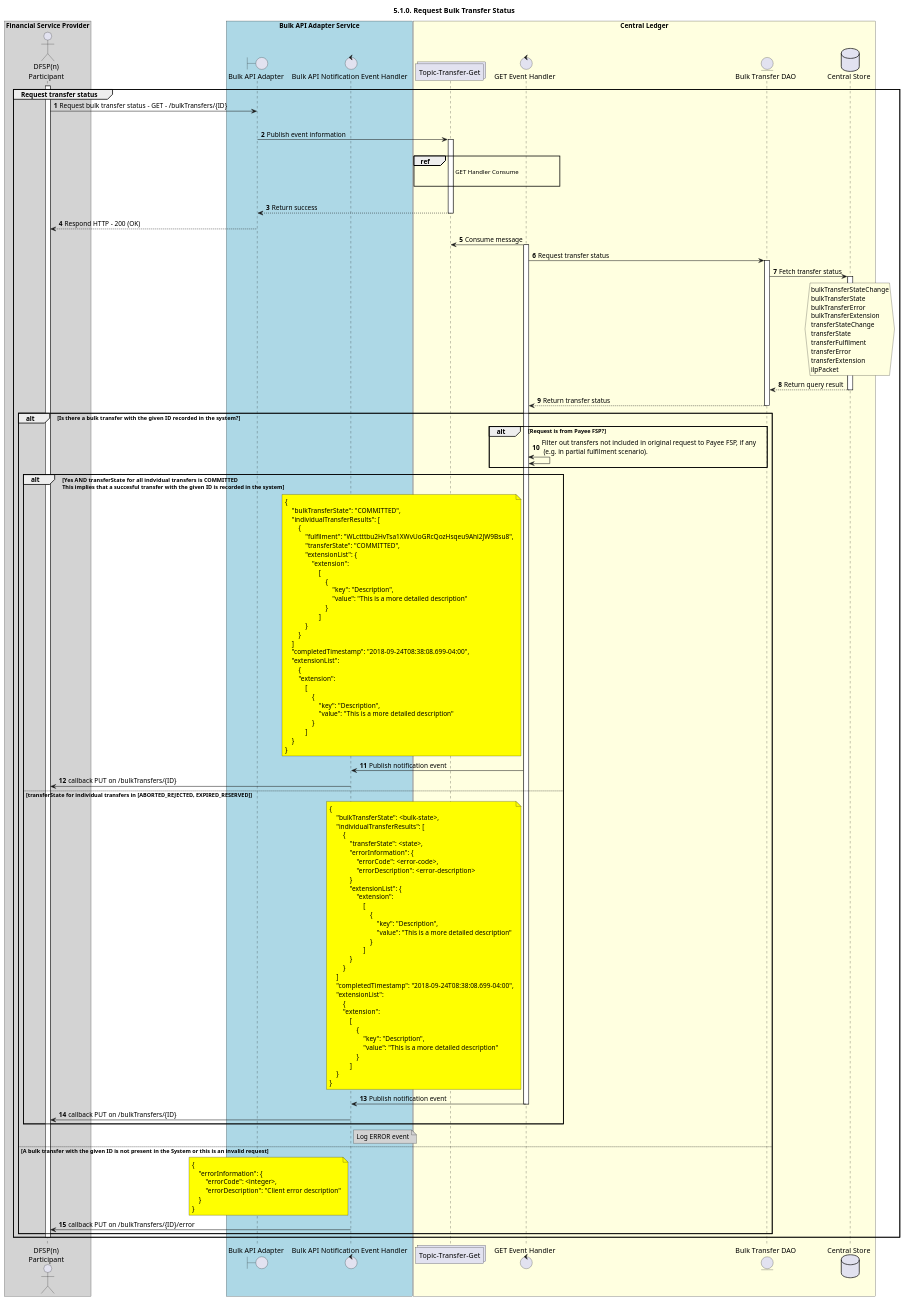
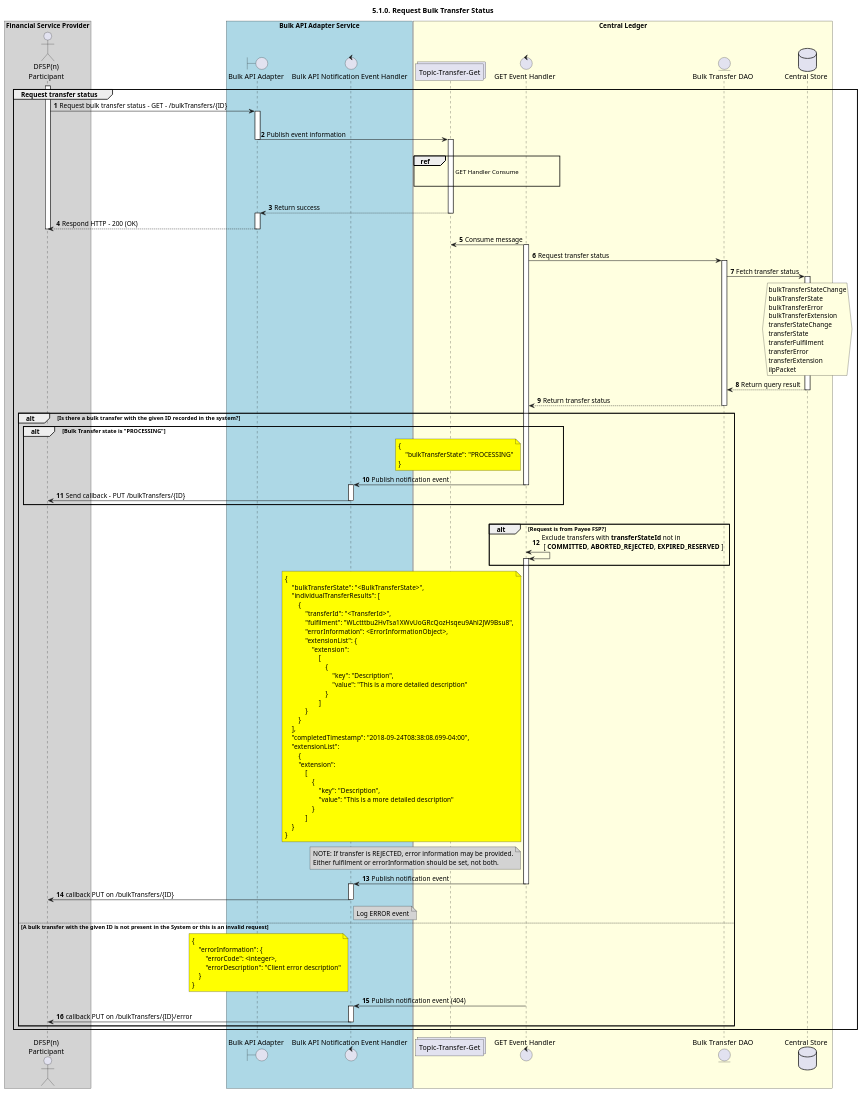
Before and after one commit to mojaloop/documentation: the diagram in mojaloop-technical-overview/central-bulk-transfers/assets/diagrams/sequence/seq-bulk-5.1.0-get-overview.plantuml, drawn with PlantUML.

Commit message:
PR review updates

```diff
--- a/mojaloop-technical-overview/central-bulk-transfers/assets/diagrams/sequence/seq-bulk-5.1.0-get-overview.plantuml
+++ b/mojaloop-technical-overview/central-bulk-transfers/assets/diagrams/sequence/seq-bulk-5.1.0-get-overview.plantuml
@@ -25,167 +25,156 @@
 @startuml
 ' declate title
 title 5.1.0. Request Bulk Transfer Status
 
 autonumber
 
 ' declare actors
 actor "DFSP(n)\nParticipant" as DFSP
 control "Bulk API Notification Event Handler" as NOTIFY_HANDLER
 boundary "Bulk API Adapter" as BULKAPI
 collections "Topic-Transfer-Get" as TOPIC_GET
 control "GET Event Handler" as GET_HANDLER
 entity "Bulk Transfer DAO" as TRANSFER_DAO
 database "Central Store" as DB
 
 box "Financial Service Provider" #lightGray
 	participant DFSP
 end box
-
 box "Bulk API Adapter Service" #LightBlue
     participant BULKAPI
 	participant NOTIFY_HANDLER
 end box
-
 box "Central Ledger" #LightYellow
     participant TOPIC_GET
     participant GET_HANDLER
     participant TRANSFER_DAO
     participant DB
 end box
 
 ' start flow
 group Request transfer status
     activate DFSP
     DFSP -> BULKAPI: Request bulk transfer status - GET - /bulkTransfers/{ID}
+    activate BULKAPI
     |||
     BULKAPI -> TOPIC_GET: Publish event information
+    deactivate BULKAPI
     activate TOPIC_GET
     |||
     ref over TOPIC_GET, GET_HANDLER :  GET Handler Consume\n
     |||
     BULKAPI <-- TOPIC_GET: Return success
+    deactivate GET_HANDLER
+    activate BULKAPI
     deactivate TOPIC_GET
-    
     DFSP <-- BULKAPI: Respond HTTP - 200 (OK)
+    deactivate DFSP
+    deactivate BULKAPI
     GET_HANDLER -> TOPIC_GET: Consume message
-
     activate GET_HANDLER
     GET_HANDLER -> TRANSFER_DAO: Request transfer status
-
     activate TRANSFER_DAO
     TRANSFER_DAO -> DB: Fetch transfer status
+
     activate DB
     hnote over DB #lightyellow
         bulkTransferStateChange
         bulkTransferState
         bulkTransferError
         bulkTransferExtension
         transferStateChange
         transferState
         transferFulfilment
         transferError
         transferExtension
         ilpPacket
     end hnote
     TRANSFER_DAO <-- DB: Return query result
     deactivate DB
+    
     GET_HANDLER <-- TRANSFER_DAO: Return transfer status
     deactivate TRANSFER_DAO
     
     alt Is there a bulk transfer with the given ID recorded in the system?
-        alt Request is from Payee FSP?
-            GET_HANDLER <-> GET_HANDLER: Filter out transfers not included in original request to Payee FSP, if any\n (e.g. in partial fulfilment scenario).
-        end
-        alt Yes AND transferState for all indvidual transfers is COMMITTED \nThis implies that a succesful transfer with the given ID is recorded in the system
+        alt Bulk Transfer state is **"PROCESSING"**
             note left of GET_HANDLER #yellow
                 {
-                    "bulkTransferState": "COMMITTED",
-                    "individualTransferResults": [
-                        {
-                            "fulfilment": "WLctttbu2HvTsa1XWvUoGRcQozHsqeu9Ahl2JW9Bsu8",
-                            "transferState": "COMMITTED",
-                            "extensionList": {
-                                "extension":
-                                    [
-                                        {
-                                            "key": "Description",
-                                            "value": "This is a more detailed description"
-                                        }
-                                    ]
-                            }
-                        }
-                    ]
-                    "completedTimestamp": "2018-09-24T08:38:08.699-04:00",
-                    "extensionList":
-                        {
-                        "extension":
-                            [
-                                {
-                                    "key": "Description",
-                                    "value": "This is a more detailed description"
-                                }
-                            ]
-                    }
-                }
-            end note
-            NOTIFY_HANDLER <- GET_HANDLER: Publish notification event
-            DFSP <- NOTIFY_HANDLER: callback PUT on /bulkTransfers/{ID}
-        else transferState for individual transfers in [ABORTED_REJECTED, EXPIRED_RESERVED]
-            note left of GET_HANDLER #yellow
-                {
-                    "bulkTransferState": <bulk-state>,
-                    "individualTransferResults": [
-                        {
-                            "transferState": <state>,
-                            "errorInformation": {
-                                "errorCode": <error-code>,
-                                "errorDescription": <error-description>
-                            }
-                            "extensionList": {
-                                "extension":
-                                    [
-                                        {
-                                            "key": "Description",
-                                            "value": "This is a more detailed description"
-                                        }
-                                    ]
-                            }
-                        }
-                    ]
-                    "completedTimestamp": "2018-09-24T08:38:08.699-04:00",
-                    "extensionList":
-                        {
-                        "extension":
-                            [
-                                {
-                                    "key": "Description",
-                                    "value": "This is a more detailed description"
-                                }
-                            ]
-                    }
+                    "bulkTransferState": "PROCESSING"
                 }
             end note
             NOTIFY_HANDLER <- GET_HANDLER: Publish notification event
             deactivate GET_HANDLER
-            DFSP <- NOTIFY_HANDLER: callback PUT on /bulkTransfers/{ID}
+            activate NOTIFY_HANDLER
+            NOTIFY_HANDLER -> DFSP: Send callback - PUT /bulkTransfers/{ID}
+            deactivate NOTIFY_HANDLER
         end
+        |||
+        alt Request is from Payee FSP?
+            GET_HANDLER <-> GET_HANDLER: Exclude transfers with **transferStateId** not in \n [ **COMMITTED**, **ABORTED_REJECTED**, **EXPIRED_RESERVED** ]
+            activate GET_HANDLER
+        end
+        
+        note left of GET_HANDLER #yellow
+            {
+                "bulkTransferState": "<BulkTransferState>",
+                "individualTransferResults": [
+                    {
+                        "transferId": "<TransferId>",
+                        "fulfilment": "WLctttbu2HvTsa1XWvUoGRcQozHsqeu9Ahl2JW9Bsu8",
+                        "errorInformation": <ErrorInformationObject>,
+                        "extensionList": {
+                            "extension":
+                                [
+                                    {
+                                        "key": "Description",
+                                        "value": "This is a more detailed description"
+                                    }
+                                ]
+                        }
+                    }
+                ],
+                "completedTimestamp": "2018-09-24T08:38:08.699-04:00",
+                "extensionList":
+                    {
+                    "extension":
+                        [
+                            {
+                                "key": "Description",
+                                "value": "This is a more detailed description"
+                            }
+                        ]
+                }
+            }
+        end note
+        note left of GET_HANDLER #lightGray
+            NOTE: If transfer is REJECTED, error information may be provided.
+            Either fulfilment or errorInformation should be set, not both.
+        end note
+        NOTIFY_HANDLER <- GET_HANDLER: Publish notification event
+        deactivate GET_HANDLER
+        activate NOTIFY_HANDLER
+        DFSP <- NOTIFY_HANDLER: callback PUT on /bulkTransfers/{ID}
+        deactivate NOTIFY_HANDLER
         note right of NOTIFY_HANDLER #lightgray
             Log ERROR event
         end note
     else A bulk transfer with the given ID is not present in the System or this is an invalid request
         note left of NOTIFY_HANDLER #yellow
             {
                 "errorInformation": {
                     "errorCode": <integer>,
                     "errorDescription": "Client error description"
                 }
             }
         end note
+        GET_HANDLER -> NOTIFY_HANDLER: Publish notification event (404)
+        activate NOTIFY_HANDLER
         DFSP <- NOTIFY_HANDLER: callback PUT on /bulkTransfers/{ID}/error
+        deactivate NOTIFY_HANDLER
     end
 
     deactivate GET_HANDLER
     deactivate NOTIFY_HANDLER
 deactivate DFSP
 end
 @enduml
```
